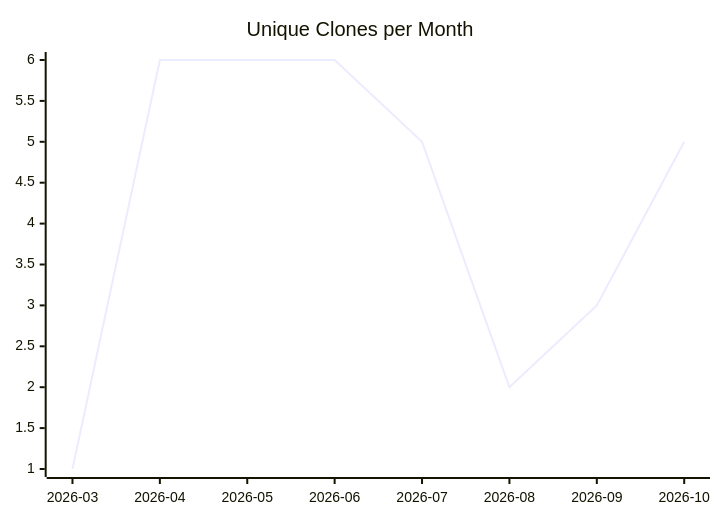
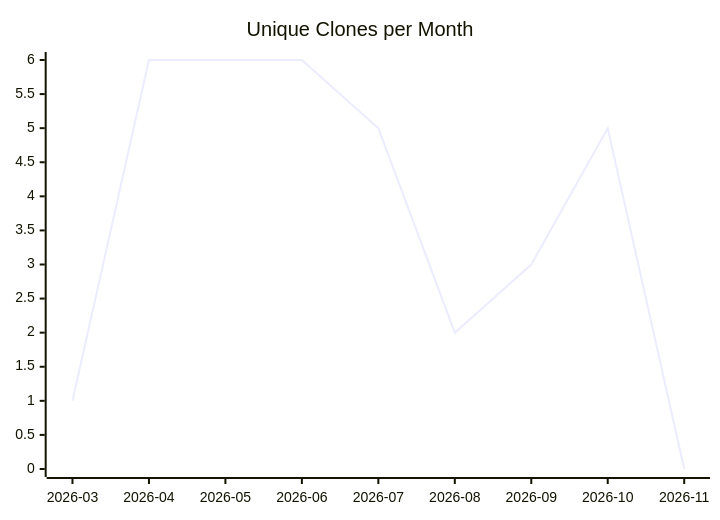
The third of 3 diagrams in karlmdavis/hapi-fhir-jpaserver-starter/README.md (justdavis-family/github-analytics-data), drawn with Mermaid before and after one commit. The commit also changed other lines of this file and 201 other files, not shown here.

````diff
--- a/karlmdavis/hapi-fhir-jpaserver-starter/README.md
+++ b/karlmdavis/hapi-fhir-jpaserver-starter/README.md
@@ -19,6 +19,6 @@
 ```mermaid
 xychart-beta
   title "Unique Clones per Month"
-  x-axis ["2026-03", "2026-04", "2026-05", "2026-06", "2026-07", "2026-08", "2026-09", "2026-10"]
-  line [1, 6, 6, 6, 5, 2, 3, 5]
+  x-axis ["2026-03", "2026-04", "2026-05", "2026-06", "2026-07", "2026-08", "2026-09", "2026-10", "2026-11"]
+  line [1, 6, 6, 6, 5, 2, 3, 5, 0]
 ```
````
